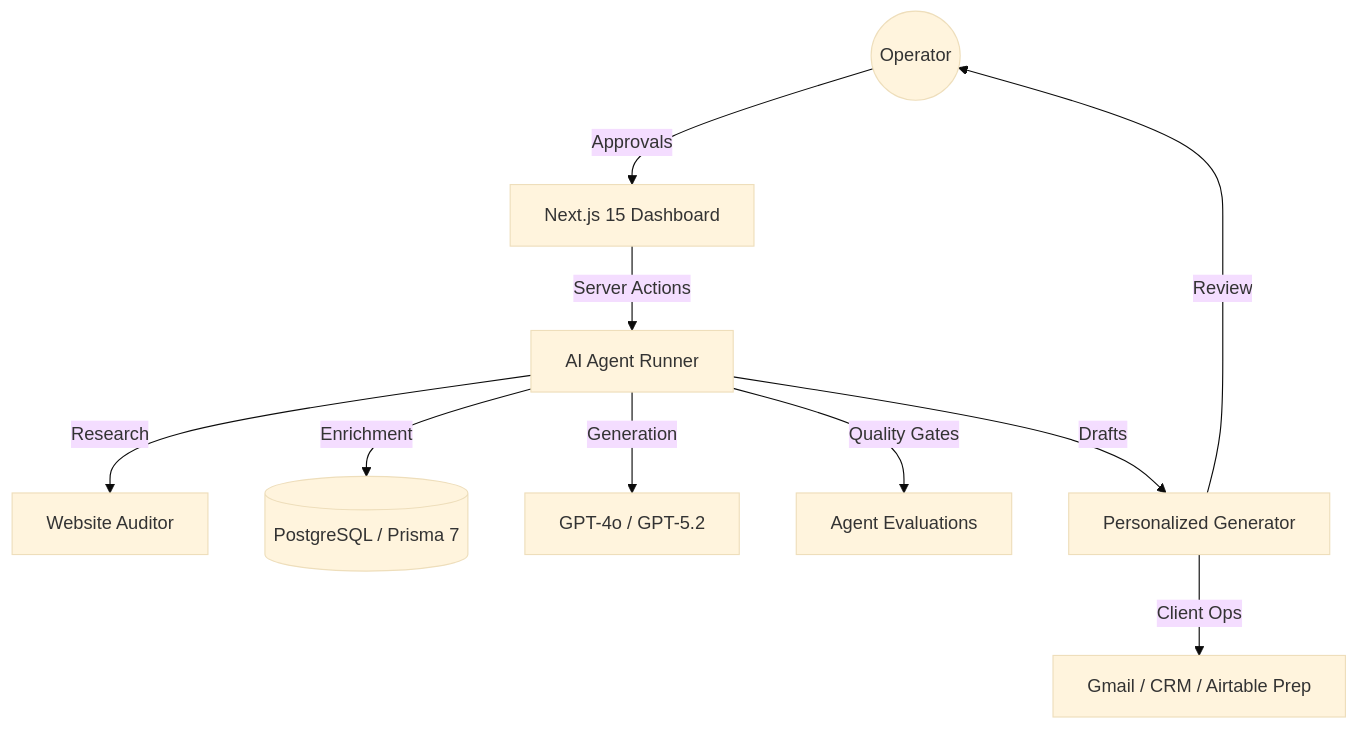
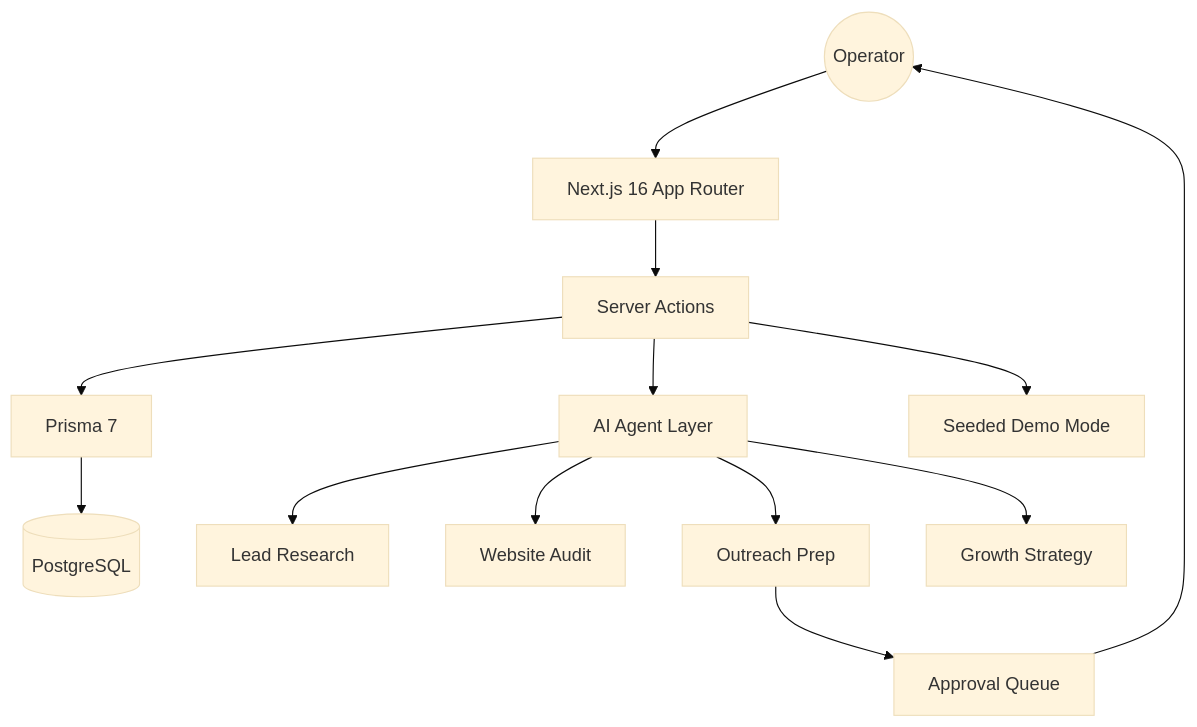
One commit to karandangi123/leadforge-ai changed the diagram in README.md. Above: the diagram before and after it, drawn with Mermaid (base theme). The commit also changed other lines of this file and 4 other files, not shown here.

````diff
--- a/README.md
+++ b/README.md
@@ -57,12 +64,15 @@
 ```mermaid
 graph TD
-    User((Operator)) -->|Approvals| Dashboard[Next.js 15 Dashboard]
-    Dashboard -->|Server Actions| AgentRunner[AI Agent Runner]
-    AgentRunner -->|Research| WebScraper[Website Auditor]
-    AgentRunner -->|Enrichment| DB[(PostgreSQL / Prisma 7)]
-    AgentRunner -->|Generation| OpenAI[GPT-4o / GPT-5.2]
-    AgentRunner -->|Quality Gates| Evals[Agent Evaluations]
-    AgentRunner -->|Drafts| Outreach[Personalized Generator]
-    Outreach -->|Client Ops| Integrations[Gmail / CRM / Airtable Prep]
-    Outreach -->|Review| User
+    Operator((Operator)) --> App[Next.js 16 App Router]
+    App --> Actions[Server Actions]
+    Actions --> Prisma[Prisma 7]
+    Prisma --> Postgres[(PostgreSQL)]
+    Actions --> Agents[AI Agent Layer]
+    Agents --> Research[Lead Research]
+    Agents --> Audit[Website Audit]
+    Agents --> Outreach[Outreach Prep]
+    Agents --> Strategy[Growth Strategy]
+    Outreach --> Queue[Approval Queue]
+    Queue --> Operator
+    Actions --> Demo[Seeded Demo Mode]
 ```
````
